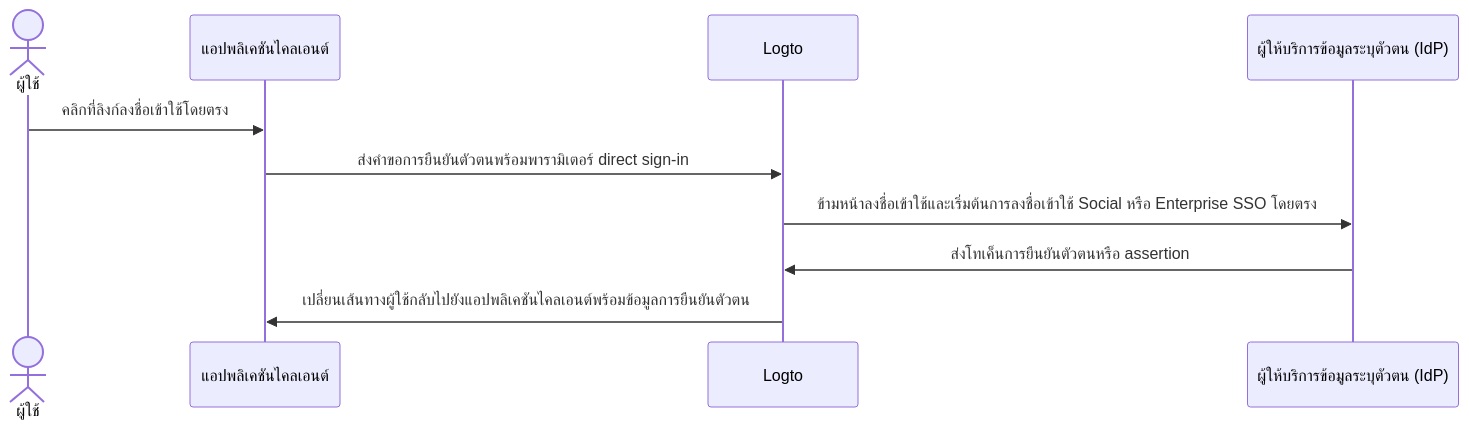
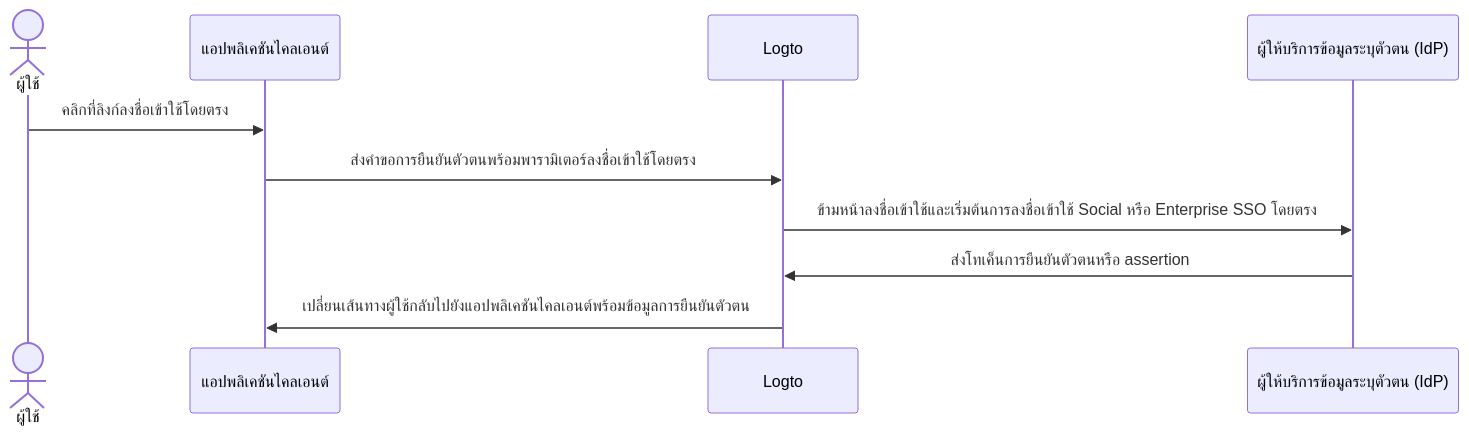
One commit to logto-io/docs changed the diagram in i18n/th/docusaurus-plugin-content-docs/current/end-user-flows/authentication-parameters/direct-sign-in.mdx. Above: the diagram before and after it, drawn with Mermaid. The commit also changed other lines of this file and 63 other files, not shown here.

````diff
--- a/i18n/th/docusaurus-plugin-content-docs/current/end-user-flows/authentication-parameters/direct-sign-in.mdx
+++ b/i18n/th/docusaurus-plugin-content-docs/current/end-user-flows/authentication-parameters/direct-sign-in.mdx
@@ -11,13 +11,13 @@
 ```mermaid
 sequenceDiagram
     actor user as ผู้ใช้
     participant app as แอปพลิเคชันไคลเอนต์
     participant logto as Logto
     participant idp as ผู้ให้บริการข้อมูลระบุตัวตน (IdP)
 
     user->>app: คลิกที่ลิงก์ลงชื่อเข้าใช้โดยตรง
-    app->>logto: ส่งคำขอการยืนยันตัวตนพร้อมพารามิเตอร์ direct sign-in
+    app->>logto: ส่งคำขอการยืนยันตัวตนพร้อมพารามิเตอร์ลงชื่อเข้าใช้โดยตรง
     logto->>idp: ข้ามหน้าลงชื่อเข้าใช้และเริ่มต้นการลงชื่อเข้าใช้ Social หรือ Enterprise SSO โดยตรง
     idp->>logto: ส่งโทเค็นการยืนยันตัวตนหรือ assertion
     logto->>app: เปลี่ยนเส้นทางผู้ใช้กลับไปยังแอปพลิเคชันไคลเอนต์พร้อมข้อมูลการยืนยันตัวตน
 ```
````
